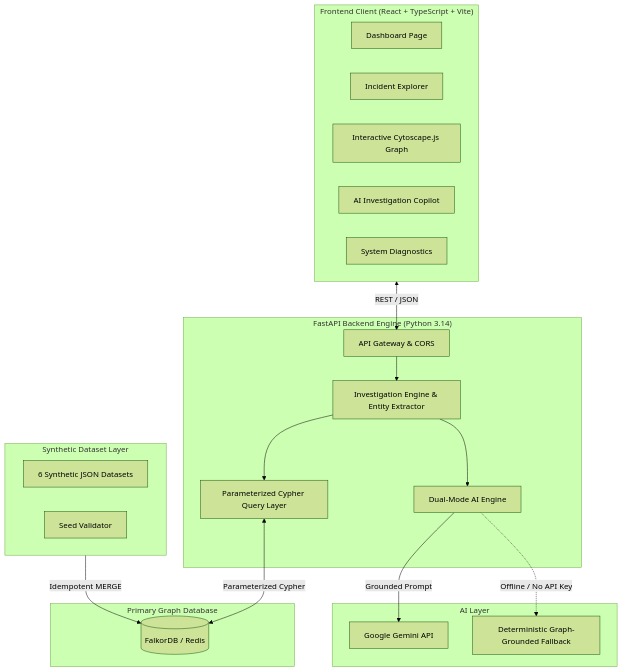
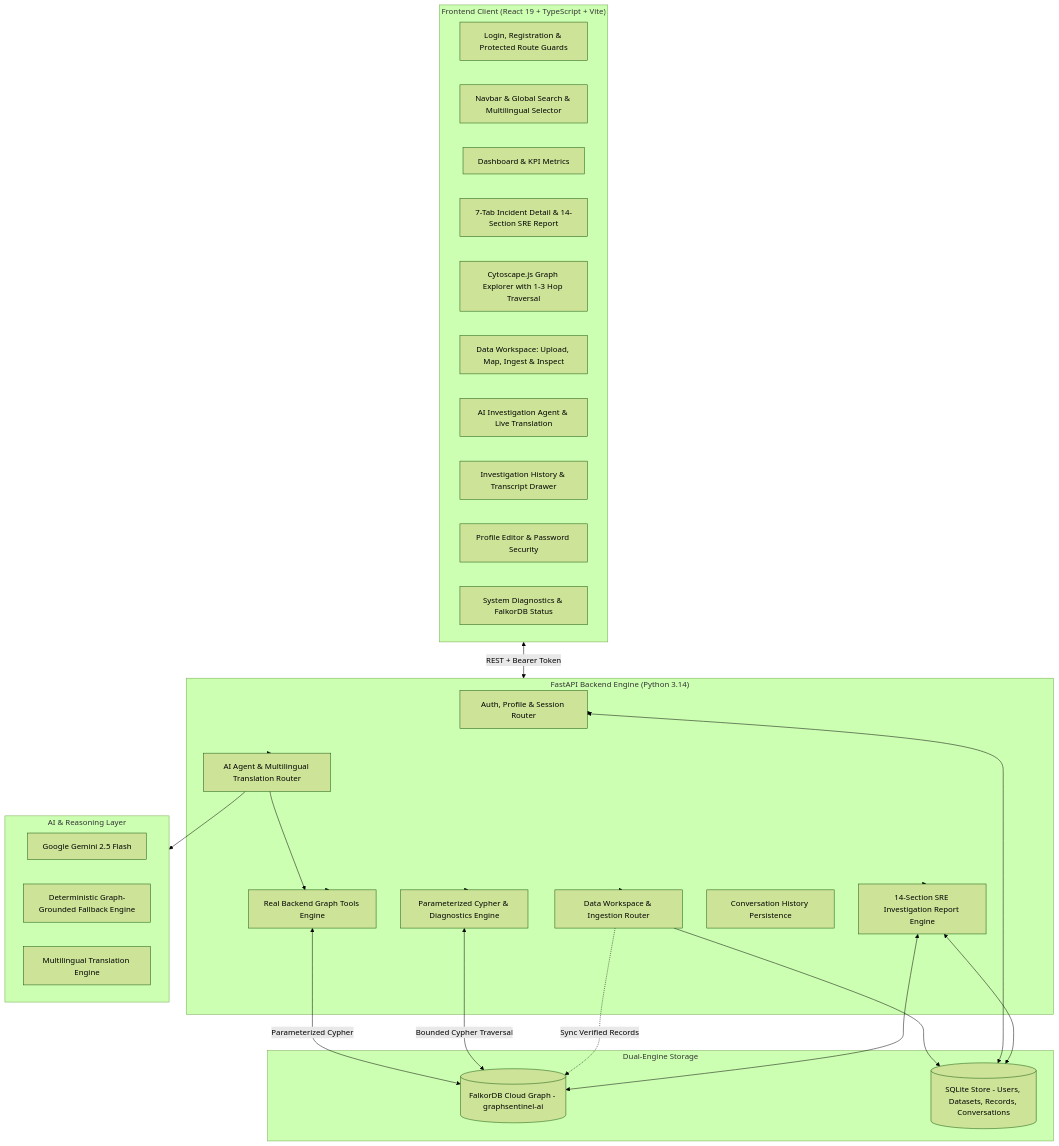
The diagram in README.md (Manjeet077283/GraphSentinel-AI), drawn with Mermaid (forest theme) before and after one commit. The commit also changed other lines of this file and 55 other files, not shown here.

First line of the commit message:
feat: complete GraphSentinel AI enterprise incident intelligence platform

````diff
--- a/README.md
+++ b/README.md
@@ -38,40 +44,53 @@
 ```mermaid
 flowchart TD
-    subgraph Client["Frontend Client (React + TypeScript + Vite)"]
-        UI_Dash[Dashboard Page]
-        UI_Inc[Incident Explorer]
-        UI_Graph[Interactive Cytoscape.js Graph]
-        UI_Chat[AI Investigation Copilot]
-        UI_Settings[System Diagnostics]
+    subgraph Client["Frontend Client (React 19 + TypeScript + Vite)"]
+        UI_Auth[Login, Registration & Protected Route Guards]
+        UI_Nav[Navbar & Global Search & Multilingual Selector]
+        UI_Dash[Dashboard & KPI Metrics]
+        UI_Inc[7-Tab Incident Detail & 14-Section SRE Report]
+        UI_Graph[Cytoscape.js Graph Explorer with 1-3 Hop Traversal]
+        UI_Data[Data Workspace: Upload, Map, Ingest & Inspect]
+        UI_Chat[AI Investigation Agent & Live Translation]
+        UI_Hist[Investigation History & Transcript Drawer]
+        UI_Profile[Profile Editor & Password Security]
+        UI_Settings[System Diagnostics & FalkorDB Status]
     end
 
     subgraph API["FastAPI Backend Engine (Python 3.14)"]
-        Router[API Gateway & CORS]
-        InvEngine[Investigation Engine & Entity Extractor]
-        GQueries[Parameterized Cypher Query Layer]
-        AIService[Dual-Mode AI Engine]
+        AuthRouter[Auth, Profile & Session Router]
+        DataRouter[Data Workspace & Ingestion Router]
+        ReportEngine[14-Section SRE Investigation Report Engine]
+        ChatRouter[AI Agent & Multilingual Translation Router]
+        InvTools[Real Backend Graph Tools Engine]
+        HistoryRouter[Conversation History Persistence]
+        GraphRouter[Parameterized Cypher & Diagnostics Engine]
     end
 
-    subgraph Intelligence["AI Layer"]
-        Gemini[Google Gemini API]
-        Deterministic[Deterministic Graph-Grounded Fallback]
+    subgraph Intelligence["AI & Reasoning Layer"]
+        Gemini[Google Gemini 2.5 Flash]
+        Deterministic[Deterministic Graph-Grounded Fallback Engine]
+        TranslationEngine[Multilingual Translation Engine]
     end
 
-    subgraph Database["Primary Graph Database"]
-        FalkorDB[(FalkorDB / Redis)]
+    subgraph Persistence["Dual-Engine Storage"]
+        FalkorDB[(FalkorDB Cloud Graph - graphsentinel-ai)]
+        SQLite[(SQLite Store - Users, Datasets, Records, Conversations)]
     end
 
-    subgraph SeedData["Synthetic Dataset Layer"]
-        JSONData[6 Synthetic JSON Datasets]
-        Validator[Seed Validator]
-    end
-
-    Client <-->|REST / JSON| Router
-    Router --> InvEngine
-    InvEngine --> GQueries
-    GQueries <-->|Parameterized Cypher| FalkorDB
-    InvEngine --> AIService
-    AIService -->|Grounded Prompt| Gemini
-    AIService -.->|Offline / No API Key| Deterministic
-    SeedData -->|Idempotent MERGE| FalkorDB
+    Client <-->|REST + Bearer Token| API
+    API --> InvTools
+    InvTools <-->|Parameterized Cypher| FalkorDB
+    API --> GraphRouter
+    GraphRouter <-->|Bounded Cypher Traversal| FalkorDB
+    API --> DataRouter
+    DataRouter --> SQLite
+    DataRouter -.->|Sync Verified Records| FalkorDB
+    API --> AuthRouter
+    AuthRouter <--> SQLite
+    API --> ReportEngine
+    ReportEngine <--> FalkorDB
+    ReportEngine <--> SQLite
+    API --> ChatRouter
+    ChatRouter --> InvTools
+    ChatRouter --> Intelligence
 ```
````
